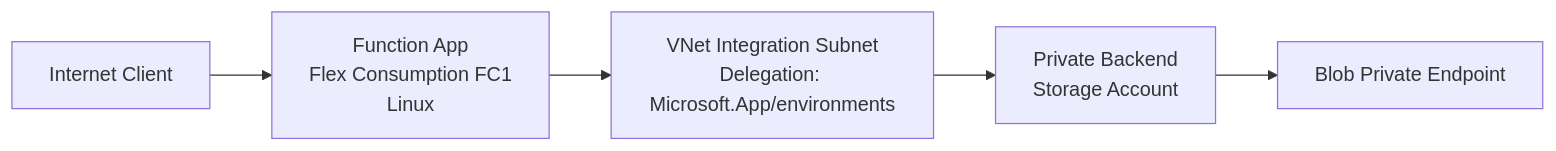
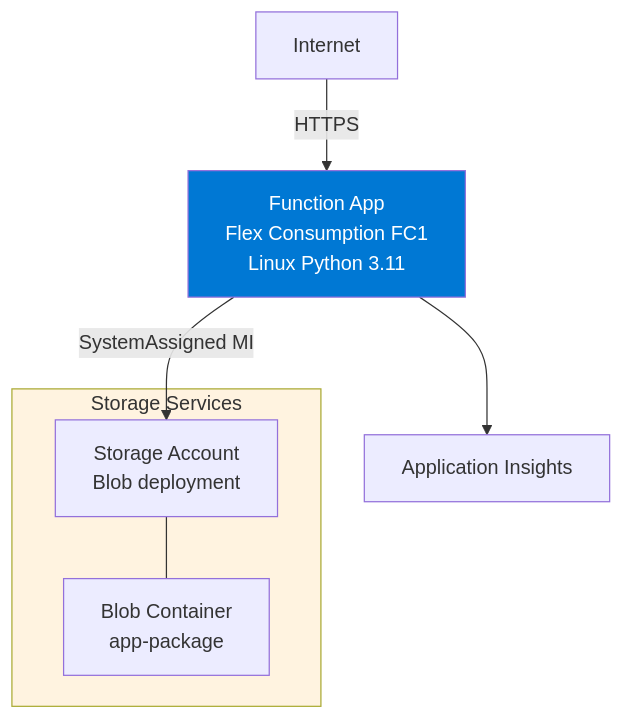
One commit to yeongseon/azure-functions-practical-guide changed the first of 2 diagrams in docs/language-guides/python/tutorial/flex-consumption/02-first-deploy.md. Above: the diagram before and after it, drawn with Mermaid. The commit also changed other lines of this file and 5 other files, not shown here.

First line of the commit message:
docs: split Python first-deploy into public and private-egress paths

````diff
--- a/docs/language-guides/python/tutorial/flex-consumption/02-first-deploy.md
+++ b/docs/language-guides/python/tutorial/flex-consumption/02-first-deploy.md
@@ -104,7 +60,14 @@
 ```mermaid
-flowchart LR
-    Internet[Internet Client] --> App[Function App\nFlex Consumption FC1\nLinux]
-    App --> VNet["VNet Integration Subnet\nDelegation: Microsoft.App/environments"]
-    VNet --> Backend[Private Backend\nStorage Account]
-    Backend --> PE[Blob Private Endpoint]
+flowchart TD
+    INET[Internet] -->|HTTPS| FA[Function App\nFlex Consumption FC1\nLinux Python 3.11]
+
+    FA -->|"SystemAssigned MI"| ST[Storage Account\nBlob deployment]
+    FA --> AI[Application Insights]
+
+    subgraph STORAGE[Storage Services]
+        ST --- DEPLOY["Blob Container\napp-package"]
+    end
+
+    style FA fill:#0078d4,color:#fff
+    style STORAGE fill:#FFF3E0
 ```
````
